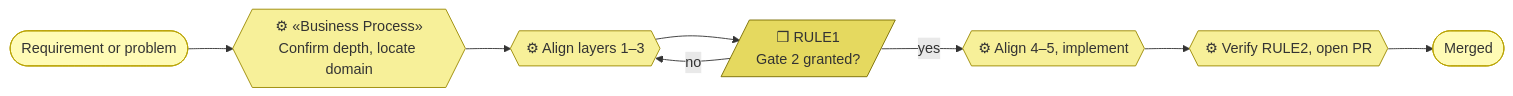
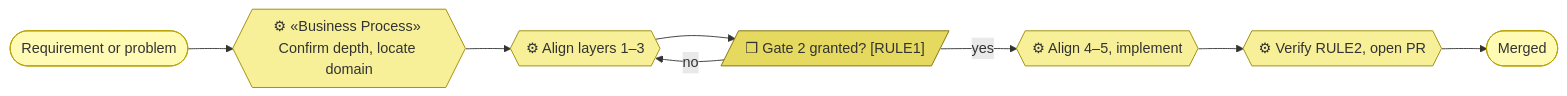
The fourth of 4 diagrams in product-archreator/architecture/2_business/2_business-services.md (roanboc/architecture-archreator), drawn with Mermaid before and after one commit. The commit also changed other lines of this file and 38 other files, not shown here.

````diff
--- a/product-archreator/architecture/2_business/2_business-services.md
+++ b/product-archreator/architecture/2_business/2_business-services.md
@@ -136,18 +136,18 @@
 ```mermaid
 flowchart LR
   req(["Requirement or problem"]):::start
-  depth{{"⚙ «Business Process»<br>Confirm depth, locate domain"}}:::process
+  depth{{"⚙ «Business Process» Confirm depth, locate domain"}}:::process
   align{{"⚙ Align layers 1–3"}}:::process
-  gate[/"❒ RULE1<br>Gate 2 granted?"/]:::rule
+  gate[/"❒ Gate 2 granted? [RULE1]"/]:::rule
   build{{"⚙ Align 4–5, implement"}}:::process
   verify{{"⚙ Verify RULE2, open PR"}}:::process
   merged(["Merged"]):::start
 
   req --> depth --> align --> gate
   gate -- no --> align
   gate -- yes --> build --> verify --> merged
 
   classDef start fill:#fffbb5,stroke:#b8a200,color:#333
   classDef process fill:#f7f099,stroke:#9a8800,color:#333
   classDef rule fill:#e5d95f,stroke:#7a6c00,color:#333
 ```
````
